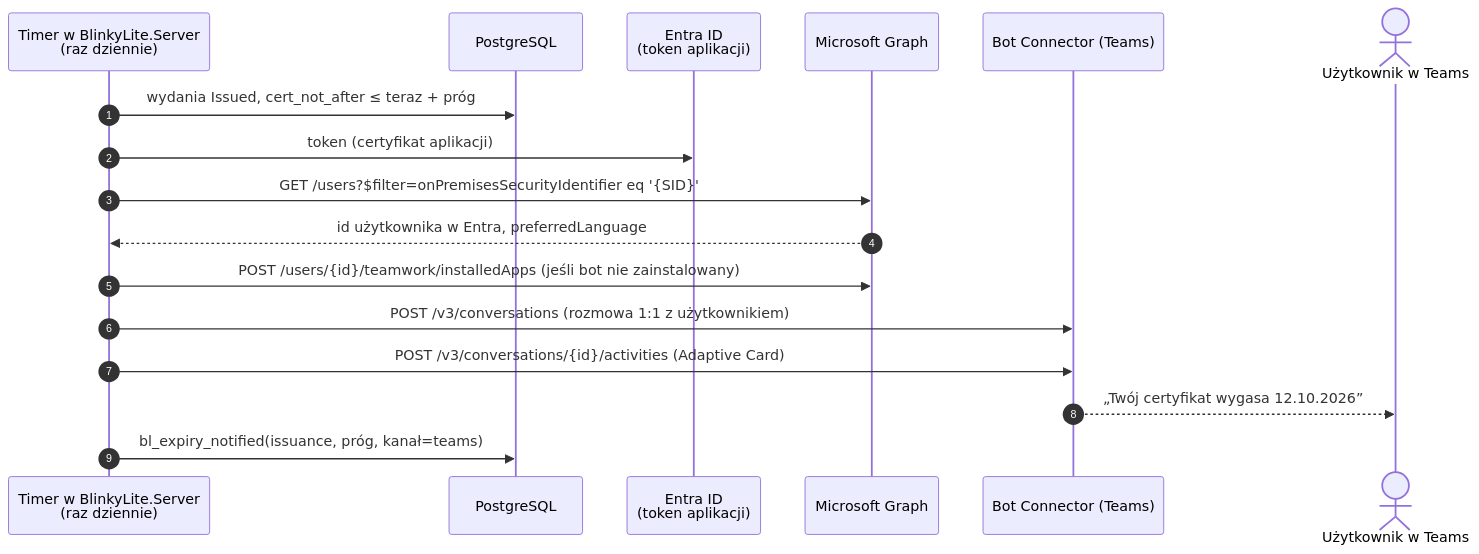
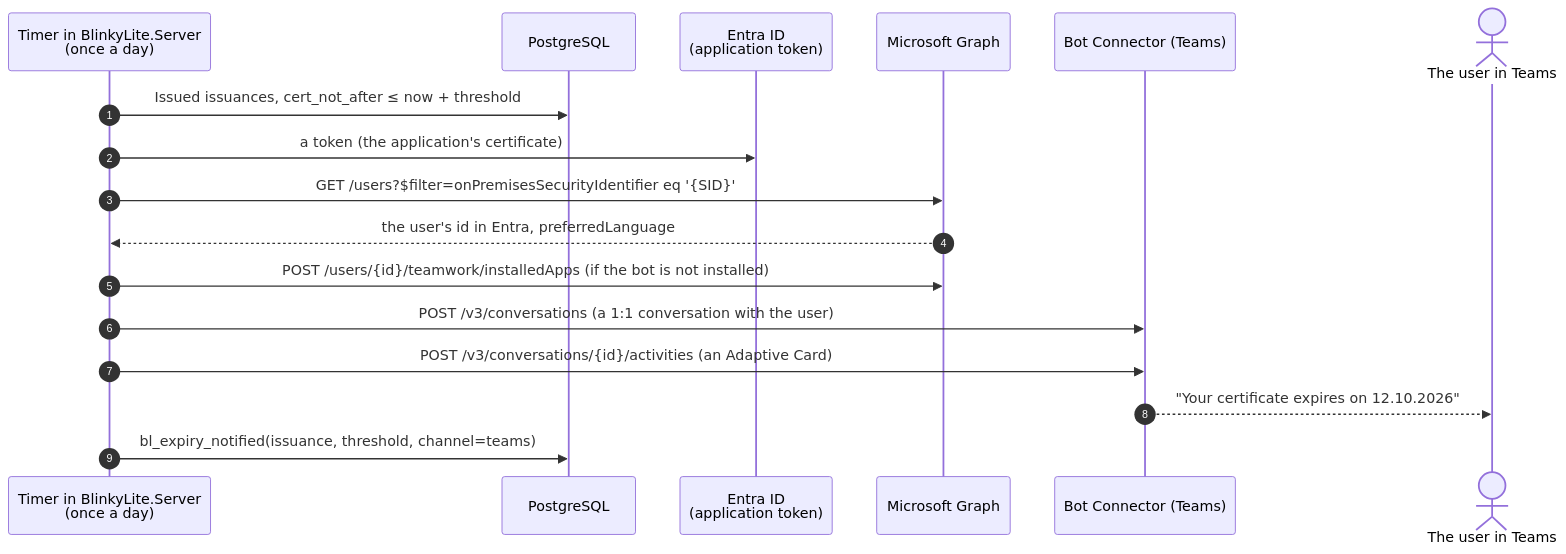
The diagram in docs/09-expiry-notification.md (franekSoftSF/BlinkyLite), drawn with Mermaid before and after one commit. The commit also changed other lines of this file and 30 other files, not shown here.

````diff
--- a/docs/09-expiry-notification.md
+++ b/docs/09-expiry-notification.md
@@ -10,20 +10,20 @@
 ```mermaid
 sequenceDiagram
     autonumber
-    participant T as Timer w BlinkyLite.Server<br/>(raz dziennie)
+    participant T as Timer in BlinkyLite.Server<br/>(once a day)
     participant DB as PostgreSQL
-    participant E as Entra ID<br/>(token aplikacji)
+    participant E as Entra ID<br/>(application token)
     participant G as Microsoft Graph
     participant B as Bot Connector (Teams)
-    actor U as Użytkownik w Teams
+    actor U as The user in Teams
 
-    T->>DB: wydania Issued, cert_not_after ≤ teraz + próg
-    T->>E: token (certyfikat aplikacji)
+    T->>DB: Issued issuances, cert_not_after ≤ now + threshold
+    T->>E: a token (the application's certificate)
     T->>G: GET /users?$filter=onPremisesSecurityIdentifier eq '{SID}'
-    G-->>T: id użytkownika w Entra, preferredLanguage
-    T->>G: POST /users/{id}/teamwork/installedApps (jeśli bot nie zainstalowany)
-    T->>B: POST /v3/conversations (rozmowa 1:1 z użytkownikiem)
-    T->>B: POST /v3/conversations/{id}/activities (Adaptive Card)
-    B-->>U: „Twój certyfikat wygasa 12.10.2026”
-    T->>DB: bl_expiry_notified(issuance, próg, kanał=teams)
+    G-->>T: the user's id in Entra, preferredLanguage
+    T->>G: POST /users/{id}/teamwork/installedApps (if the bot is not installed)
+    T->>B: POST /v3/conversations (a 1:1 conversation with the user)
+    T->>B: POST /v3/conversations/{id}/activities (an Adaptive Card)
+    B-->>U: "Your certificate expires on 12.10.2026"
+    T->>DB: bl_expiry_notified(issuance, threshold, channel=teams)
 ```
````
